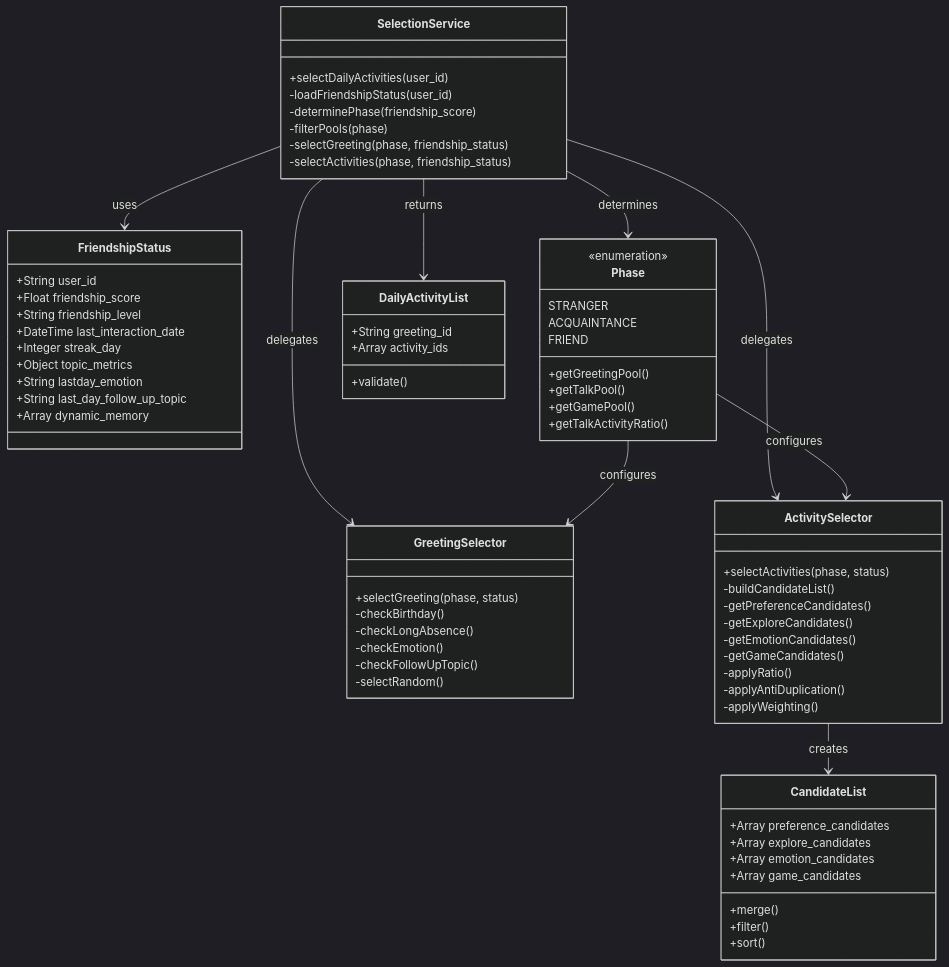
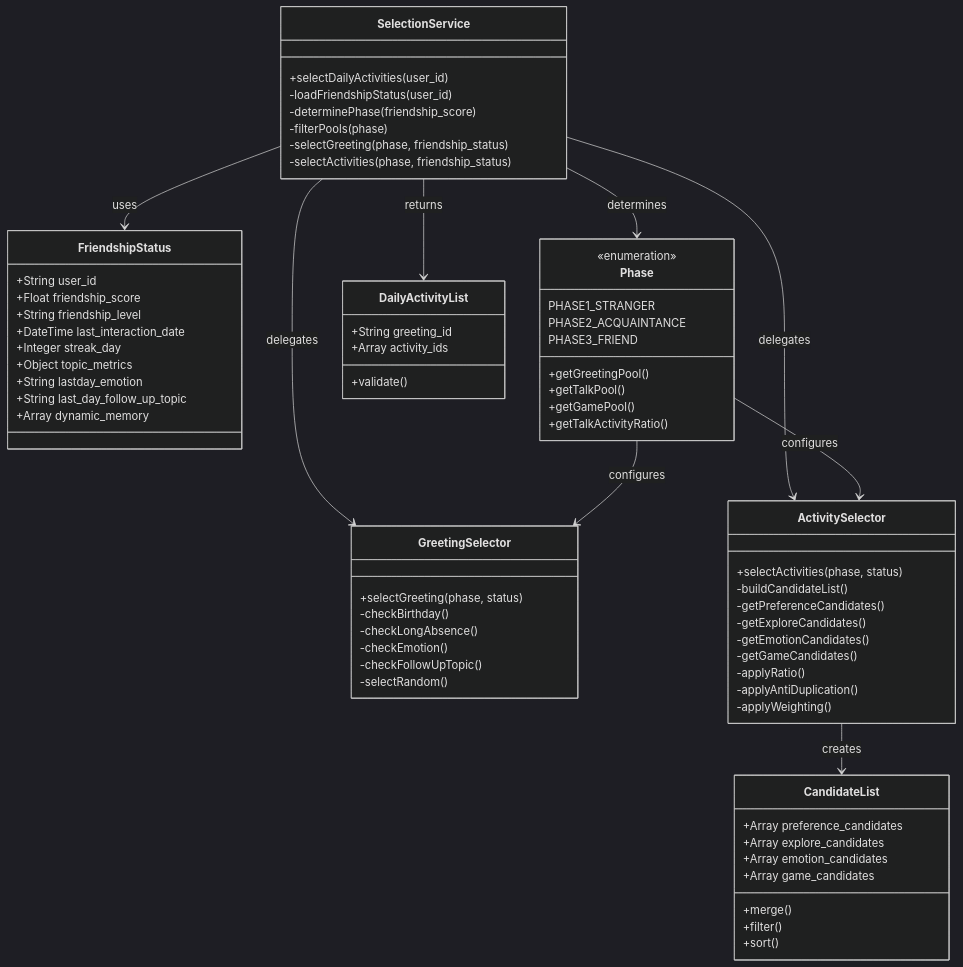
One commit to DoanNgocCuong/context-handling-bigmodule_PikaRobot_25112025 changed the eighth of 8 diagrams in docs/1_TaiLieuRobot_T2_24112025 - Robot/Tài liệu 3.1  Visulize Logic đầu ngày PIC - Đoàn Ngọc Cường - MANUS.md. Above: the diagram before and after it, drawn with Mermaid (dark theme). The commit also changed other lines of this file and 35 other files, not shown here.

First line of the commit message:
[update name: STRANGER - ACQUAINTANCE - FRIEND]

````diff
--- a/docs/1_TaiLieuRobot_T2_24112025 - Robot/Tài liệu 3.1  Visulize Logic đầu ngày PIC - Đoàn Ngọc Cường - MANUS.md
+++ b/docs/1_TaiLieuRobot_T2_24112025 - Robot/Tài liệu 3.1  Visulize Logic đầu ngày PIC - Đoàn Ngọc Cường - MANUS.md
@@ -325,80 +325,80 @@
 ```mermaid
 classDiagram
     class SelectionService {
         +selectDailyActivities(user_id)
         -loadFriendshipStatus(user_id)
         -determinePhase(friendship_score)
         -filterPools(phase)
         -selectGreeting(phase, friendship_status)
         -selectActivities(phase, friendship_status)
     }
     
     class FriendshipStatus {
         +String user_id
         +Float friendship_score
         +String friendship_level
         +DateTime last_interaction_date
         +Integer streak_day
         +Object topic_metrics
         +String lastday_emotion
         +String last_day_follow_up_topic
         +Array dynamic_memory
     }
     
     class Phase {
         <<enumeration>>
-        STRANGER
-        ACQUAINTANCE
-        FRIEND
+        PHASE1_STRANGER
+        PHASE2_ACQUAINTANCE
+        PHASE3_FRIEND
         +getGreetingPool()
         +getTalkPool()
         +getGamePool()
         +getTalkActivityRatio()
     }
     
     class GreetingSelector {
         +selectGreeting(phase, status)
         -checkBirthday()
         -checkLongAbsence()
         -checkEmotion()
         -checkFollowUpTopic()
         -selectRandom()
     }
     
     class ActivitySelector {
         +selectActivities(phase, status)
         -buildCandidateList()
         -getPreferenceCandidates()
         -getExploreCandidates()
         -getEmotionCandidates()
         -getGameCandidates()
         -applyRatio()
         -applyAntiDuplication()
         -applyWeighting()
     }
     
     class CandidateList {
         +Array preference_candidates
         +Array explore_candidates
         +Array emotion_candidates
         +Array game_candidates
         +merge()
         +filter()
         +sort()
     }
     
     class DailyActivityList {
         +String greeting_id
         +Array activity_ids
         +validate()
     }
     
     SelectionService --> FriendshipStatus: uses
     SelectionService --> Phase: determines
     SelectionService --> GreetingSelector: delegates
     SelectionService --> ActivitySelector: delegates
     ActivitySelector --> CandidateList: creates
     SelectionService --> DailyActivityList: returns
     Phase --> GreetingSelector: configures
     Phase --> ActivitySelector: configures
 ```
````
